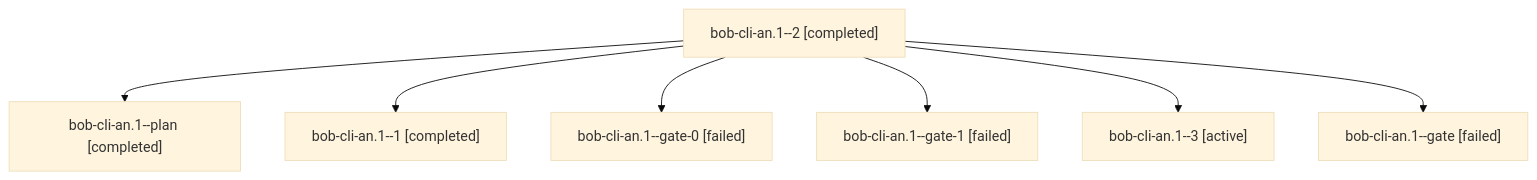
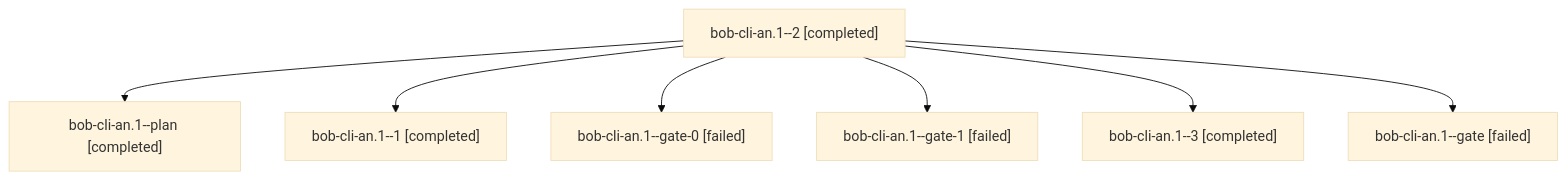
The diagram in sessions/bbugyi200.athena.bob-cli-an.1.md (bobs-org/bob-cli--agents), drawn with Mermaid (base theme) before and after one commit. The commit also changed other lines of this file and 99 other files, not shown here.

````diff
--- a/sessions/bbugyi200.athena.bob-cli-an.1.md
+++ b/sessions/bbugyi200.athena.bob-cli-an.1.md
@@ -9,16 +9,16 @@
 ```mermaid
 flowchart TD
   n0["bob-cli-an.1--2 [completed]"]
   n1["bob-cli-an.1--plan [completed]"]
   n0 --> n1
   n2["bob-cli-an.1--1 [completed]"]
   n0 --> n2
   n3["bob-cli-an.1--gate-0 [failed]"]
   n0 --> n3
   n4["bob-cli-an.1--gate-1 [failed]"]
   n0 --> n4
-  n5["bob-cli-an.1--3 [active]"]
+  n5["bob-cli-an.1--3 [completed]"]
   n0 --> n5
   n6["bob-cli-an.1--gate [failed]"]
   n0 --> n6
 ```
````
